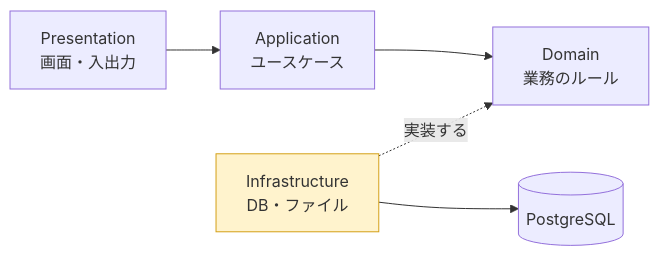
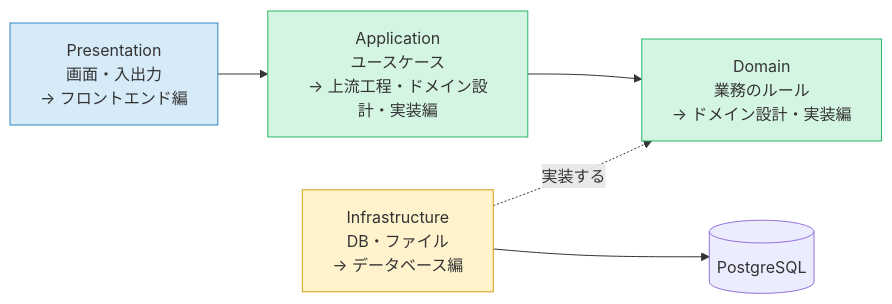
Before and after one commit to YTS0418/PRMN_SYSTEM_Lecture: the third of 3 diagrams in 4層アーキテクチャ/00_はじめに.md, drawn with Mermaid. The commit also changed other lines of this file and 7 other files, not shown here.

````diff
--- a/4層アーキテクチャ/00_はじめに.md
+++ b/4層アーキテクチャ/00_はじめに.md
@@ -123,8 +125,11 @@
 ```mermaid
 flowchart LR
-    P["Presentation<br>画面・入出力"] --> A["Application<br>ユースケース"]
-    A --> D["Domain<br>業務のルール"]
-    I["Infrastructure<br>DB・ファイル"] -.->|実装する| D
+    P["Presentation<br>画面・入出力<br>→ フロントエンド編"] --> A["Application<br>ユースケース<br>→ 上流工程・ドメイン設計・実装編"]
+    A --> D["Domain<br>業務のルール<br>→ ドメイン設計・実装編"]
+    I["Infrastructure<br>DB・ファイル<br>→ データベース編"] -.->|実装する| D
     I --> DB[("PostgreSQL")]
+    style P fill:#d6eaf8,stroke:#2e86c1
+    style A fill:#d5f5e3,stroke:#28b463
+    style D fill:#d5f5e3,stroke:#28b463
     style I fill:#fff3cd,stroke:#d4a017
 ```
````
